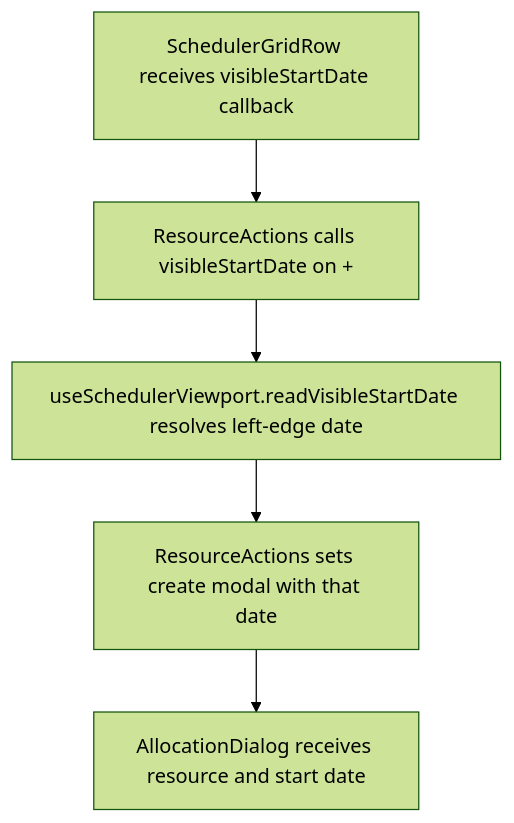
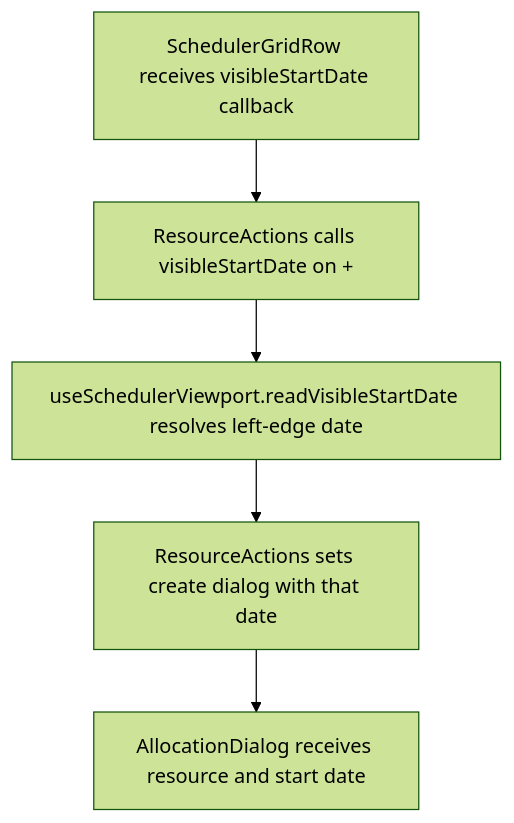
The second of 2 diagrams in user-stories/scheduler/US-SCH-18-quick-create-visible-window.md (Kevinjohn/capacitylens), drawn with Mermaid (forest theme) before and after one commit. The commit also changed 88 other files, not shown here.

First line of the commit message:
Modal to dialog: rename the form dialog wrapper and remaining names

````diff
--- a/user-stories/scheduler/US-SCH-18-quick-create-visible-window.md
+++ b/user-stories/scheduler/US-SCH-18-quick-create-visible-window.md
@@ -32,7 +32,7 @@
 ```mermaid
 flowchart TD
   A["SchedulerGridRow receives visibleStartDate callback"] --> B["ResourceActions calls visibleStartDate on +"]
   B --> C["useSchedulerViewport.readVisibleStartDate resolves left-edge date"]
-  C --> D["ResourceActions sets create modal with that date"]
+  C --> D["ResourceActions sets create dialog with that date"]
   D --> E["AllocationDialog receives resource and start date"]
 ```
````
